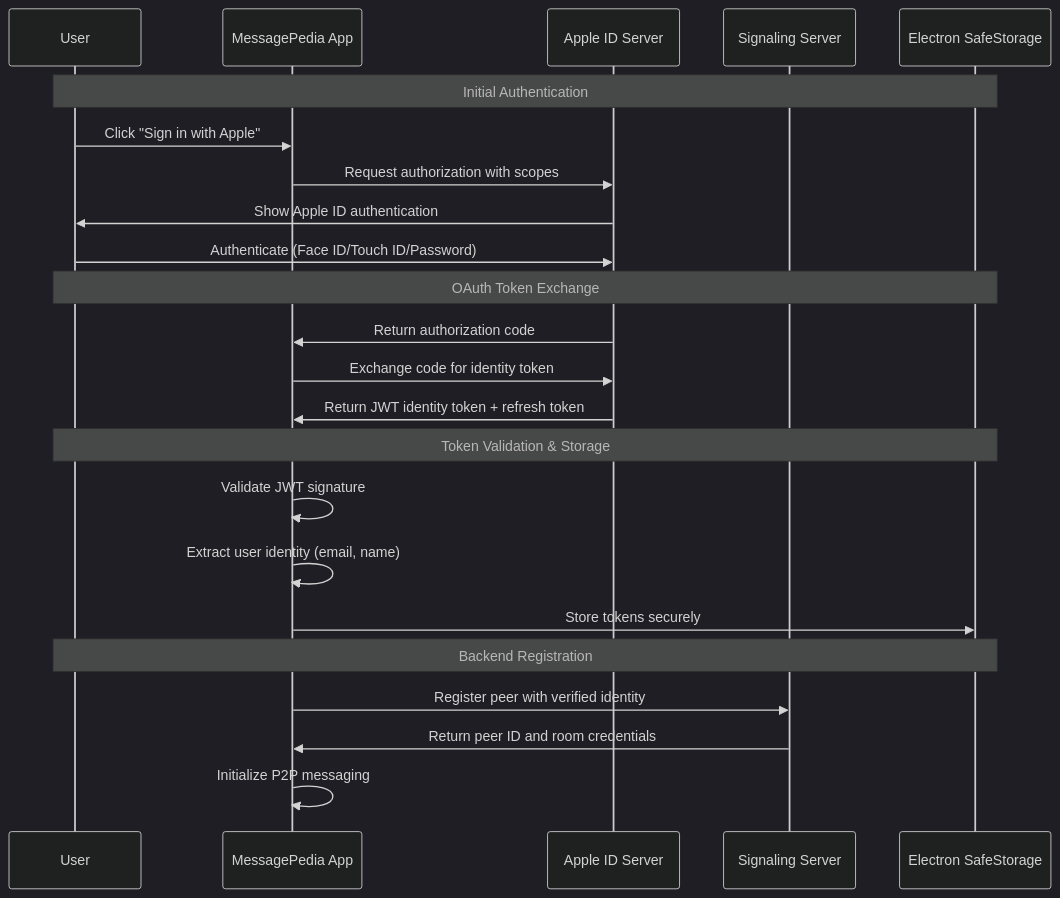
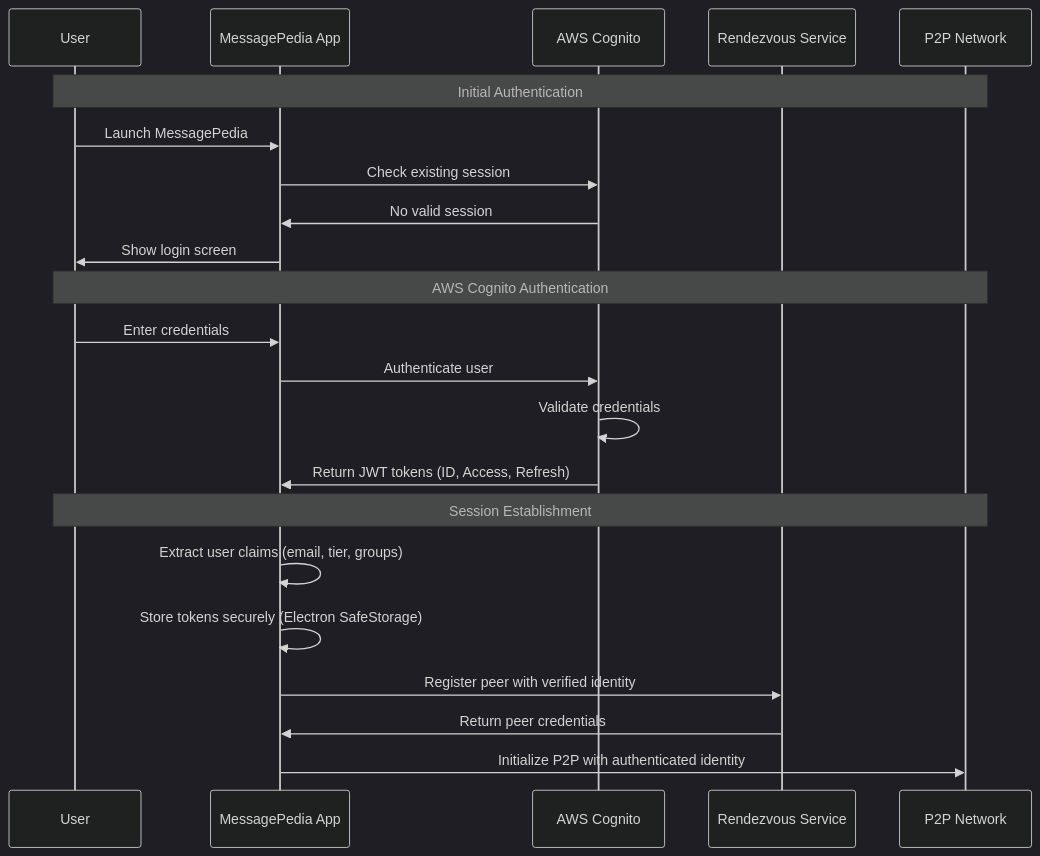
The first of 13 diagrams in docs/AUTHENTICATION-STRATEGY.md (michaeloboyle/MessagePedia-WebRTC-Electron), drawn with Mermaid (dark theme) before and after one commit. The commit also changed other lines of this file and 37 other files, not shown here.

````diff
--- a/docs/AUTHENTICATION-STRATEGY.md
+++ b/docs/AUTHENTICATION-STRATEGY.md
@@ -15,29 +26,27 @@
 ```mermaid
 sequenceDiagram
-    participant User as User
-    participant App as MessagePedia App
-    participant Apple as Apple ID Server
-    participant Backend as Signaling Server
-    participant Keychain as Electron SafeStorage
+    participant U as User
+    participant A as MessagePedia App
+    participant C as AWS Cognito
+    participant R as Rendezvous Service
+    participant P as P2P Network
     
-    Note over User,Keychain: Initial Authentication
-    User->>App: Click "Sign in with Apple"
-    App->>Apple: Request authorization with scopes
-    Apple->>User: Show Apple ID authentication
-    User->>Apple: Authenticate (Face ID/Touch ID/Password)
+    Note over U,P: Initial Authentication
+    U->>A: Launch MessagePedia
+    A->>C: Check existing session
+    C->>A: No valid session
+    A->>U: Show login screen
     
-    Note over User,Keychain: OAuth Token Exchange
-    Apple->>App: Return authorization code
-    App->>Apple: Exchange code for identity token
-    Apple->>App: Return JWT identity token + refresh token
+    Note over U,P: AWS Cognito Authentication
+    U->>A: Enter credentials
+    A->>C: Authenticate user
+    C->>C: Validate credentials
+    C->>A: Return JWT tokens (ID, Access, Refresh)
     
-    Note over User,Keychain: Token Validation & Storage
-    App->>App: Validate JWT signature
-    App->>App: Extract user identity (email, name)
-    App->>Keychain: Store tokens securely
-    
-    Note over User,Keychain: Backend Registration
-    App->>Backend: Register peer with verified identity
-    Backend->>App: Return peer ID and room credentials
-    App->>App: Initialize P2P messaging
+    Note over U,P: Session Establishment
+    A->>A: Extract user claims (email, tier, groups)
+    A->>A: Store tokens securely (Electron SafeStorage)
+    A->>R: Register peer with verified identity
+    R->>A: Return peer credentials
+    A->>P: Initialize P2P with authenticated identity
 ```
````
